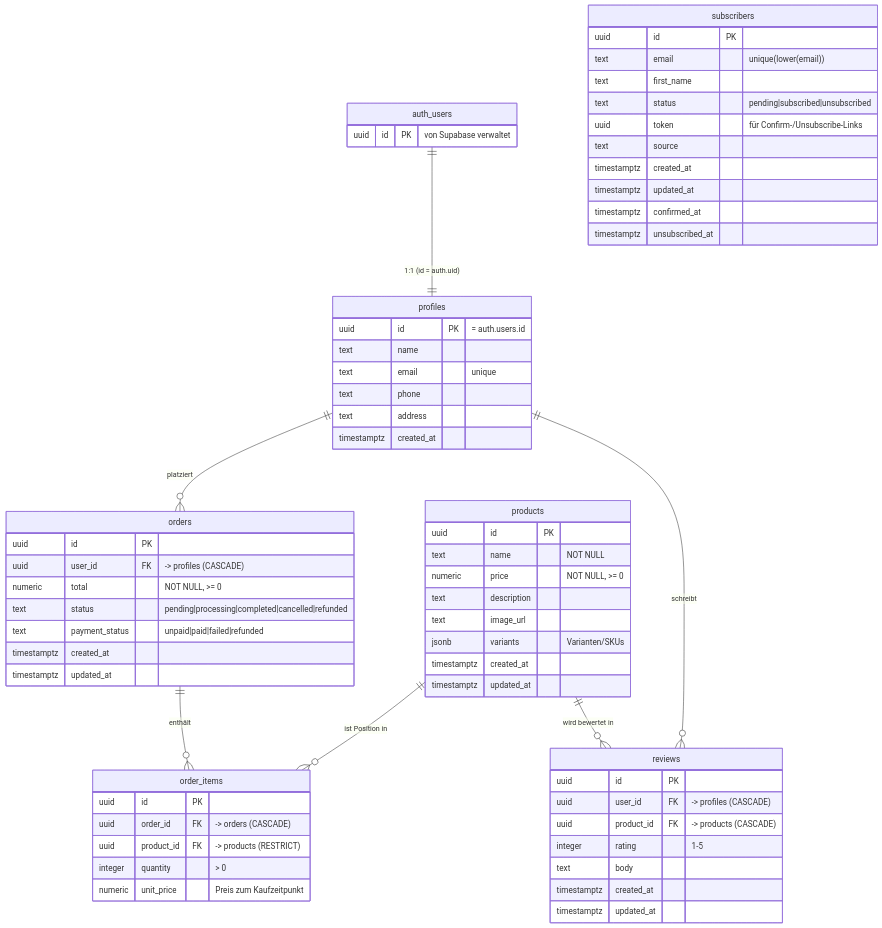
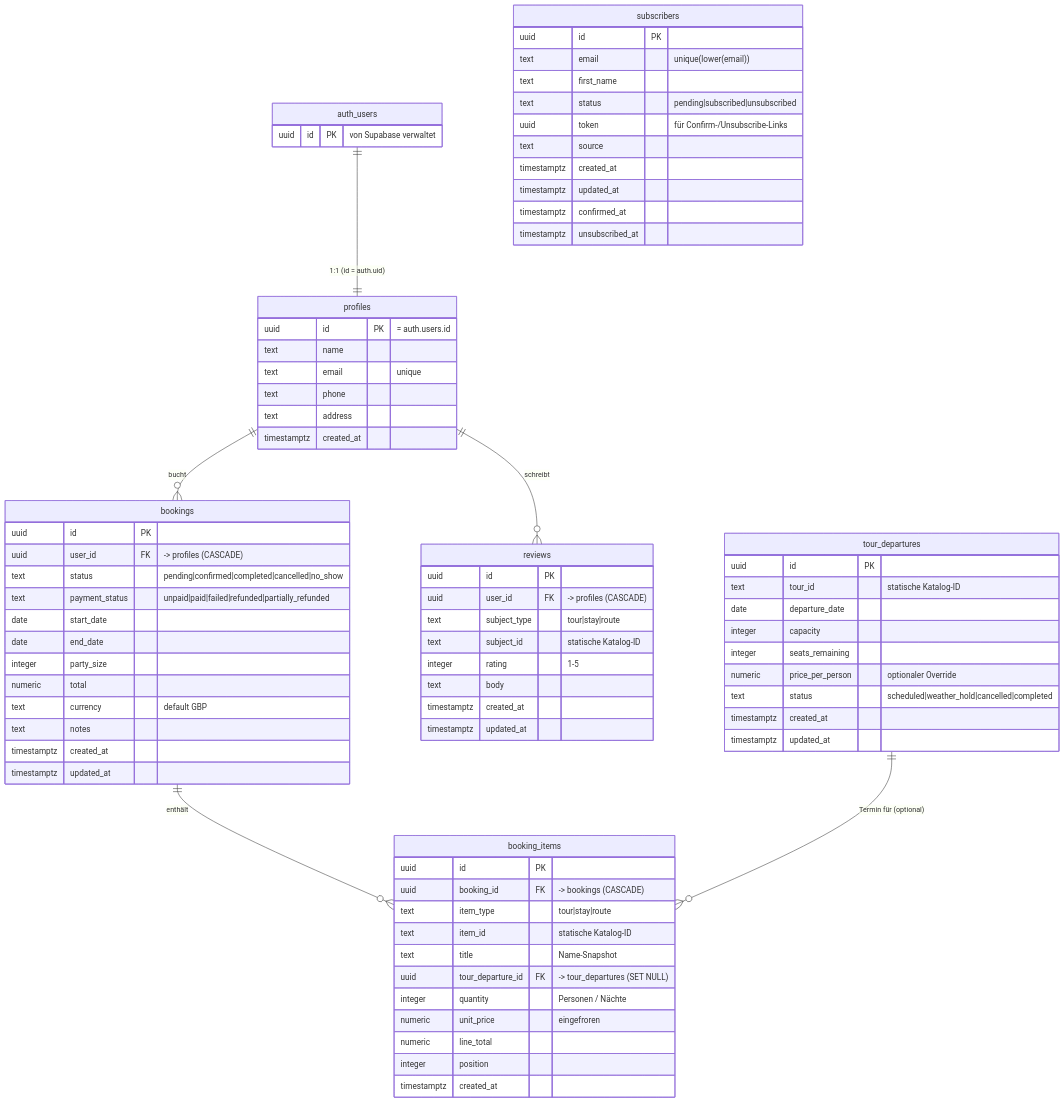
One commit to RockyourStudium/HIKE_SCOTLAND changed the diagram in supabase/README.md. Above: the diagram before and after it, drawn with Mermaid. The commit also changed other lines of this file and 4 other files, not shown here.

````diff
--- a/supabase/README.md
+++ b/supabase/README.md
@@ -16,11 +16,10 @@
 ```mermaid
 erDiagram
-    auth_users  ||--||  profiles    : "1:1 (id = auth.uid)"
-    profiles    ||--o{  orders      : "platziert"
-    profiles    ||--o{  reviews     : "schreibt"
-    orders      ||--o{  order_items : "enthält"
-    products    ||--o{  order_items : "ist Position in"
-    products    ||--o{  reviews     : "wird bewertet in"
+    auth_users      ||--||  profiles      : "1:1 (id = auth.uid)"
+    profiles        ||--o{  bookings      : "bucht"
+    profiles        ||--o{  reviews       : "schreibt"
+    bookings        ||--o{  booking_items : "enthält"
+    tour_departures ||--o{  booking_items : "Termin für (optional)"
 
     auth_users {
         uuid id PK "von Supabase verwaltet"
@@ -35,40 +34,53 @@
         timestamptz created_at
     }
 
-    products {
-        uuid          id          PK
-        text          name           "NOT NULL"
-        numeric       price          "NOT NULL, >= 0"
-        text          description
-        text          image_url
-        jsonb         variants       "Varianten/SKUs"
+    tour_departures {
+        uuid          id               PK
+        text          tour_id          "statische Katalog-ID"
+        date          departure_date
+        integer       capacity
+        integer       seats_remaining
+        numeric       price_per_person "optionaler Override"
+        text          status           "scheduled|weather_hold|cancelled|completed"
         timestamptz   created_at
         timestamptz   updated_at
     }
 
-    orders {
+    bookings {
         uuid          id             PK
         uuid          user_id        FK "-> profiles (CASCADE)"
-        numeric       total          "NOT NULL, >= 0"
-        text          status         "pending|processing|completed|cancelled|refunded"
-        text          payment_status "unpaid|paid|failed|refunded"
+        text          status         "pending|confirmed|completed|cancelled|no_show"
+        text          payment_status "unpaid|paid|failed|refunded|partially_refunded"
+        date          start_date
+        date          end_date
+        integer       party_size
+        numeric       total
+        text          currency       "default GBP"
+        text          notes
         timestamptz   created_at
         timestamptz   updated_at
     }
 
-    order_items {
-        uuid          id          PK
-        uuid          order_id    FK "-> orders (CASCADE)"
-        uuid          product_id  FK "-> products (RESTRICT)"
-        integer       quantity       "> 0"
-        numeric       unit_price     "Preis zum Kaufzeitpunkt"
+    booking_items {
+        uuid          id                PK
+        uuid          booking_id        FK "-> bookings (CASCADE)"
+        text          item_type         "tour|stay|route"
+        text          item_id           "statische Katalog-ID"
+        text          title             "Name-Snapshot"
+        uuid          tour_departure_id FK "-> tour_departures (SET NULL)"
+        integer       quantity          "Personen / Nächte"
+        numeric       unit_price        "eingefroren"
+        numeric       line_total
+        integer       position
+        timestamptz   created_at
     }
 
     reviews {
-        uuid          id          PK
-        uuid          user_id     FK "-> profiles (CASCADE)"
-        uuid          product_id  FK "-> products (CASCADE)"
-        integer       rating         "1-5"
+        uuid          id           PK
+        uuid          user_id      FK "-> profiles (CASCADE)"
+        text          subject_type "tour|stay|route"
+        text          subject_id   "statische Katalog-ID"
+        integer       rating       "1-5"
         text          body
         timestamptz   created_at
         timestamptz   updated_at
````
